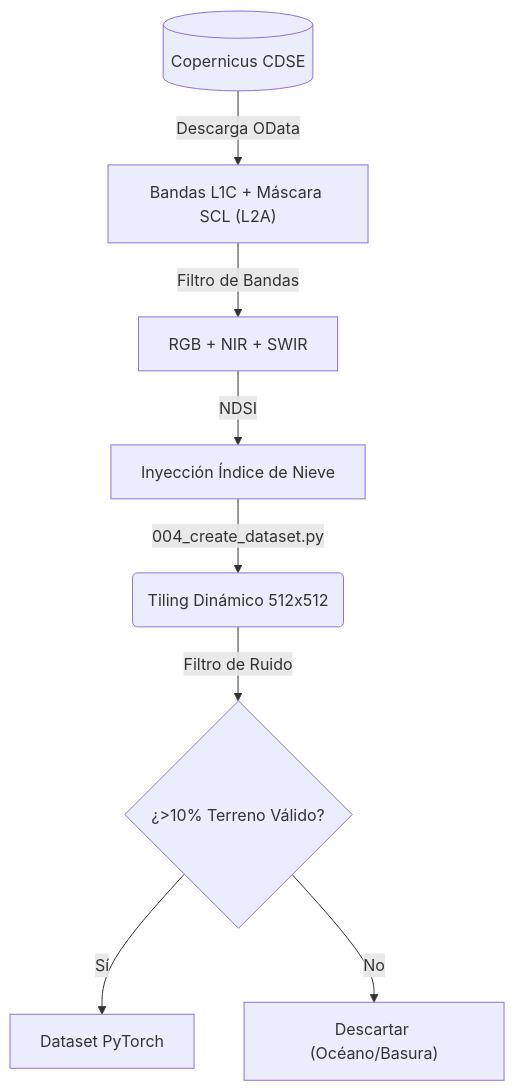
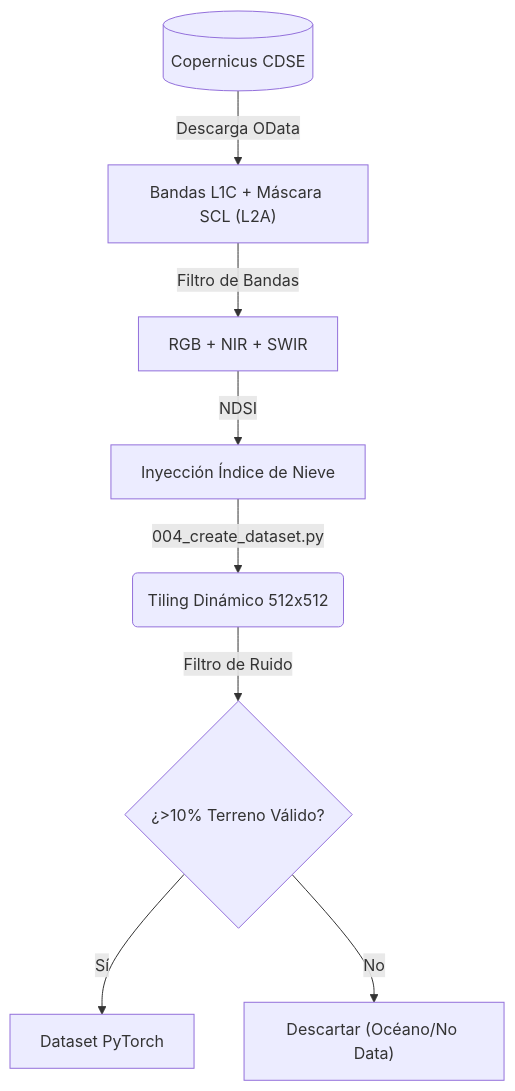
Before and after one commit to tonilogardev/web_basic_project: the first of 2 diagrams in 011_tfb/000_doc_tfb/011_entrega_2_metodologia_final.md, drawn with Mermaid. The commit also changed other lines of this file and 38 other files, not shown here.

````diff
--- a/011_tfb/000_doc_tfb/011_entrega_2_metodologia_final.md
+++ b/011_tfb/000_doc_tfb/011_entrega_2_metodologia_final.md
@@ -32,10 +32,10 @@
 ```mermaid
 graph TD
     A[("Copernicus CDSE")] -->|Descarga OData| B["Bandas L1C + Máscara SCL (L2A)"]
     B -->|Filtro de Bandas| C["RGB + NIR + SWIR"]
     C -->|NDSI| D["Inyección Índice de Nieve"]
     D -->|004_create_dataset.py| E("Tiling Dinámico 512x512")
     E -->|Filtro de Ruido| F{"¿>10% Terreno Válido?"}
     F -->|Sí| G["Dataset PyTorch"]
-    F -->|No| H["Descartar (Océano/Basura)"]
+    F -->|No| H["Descartar (Océano/No Data)"]
 ```
````
